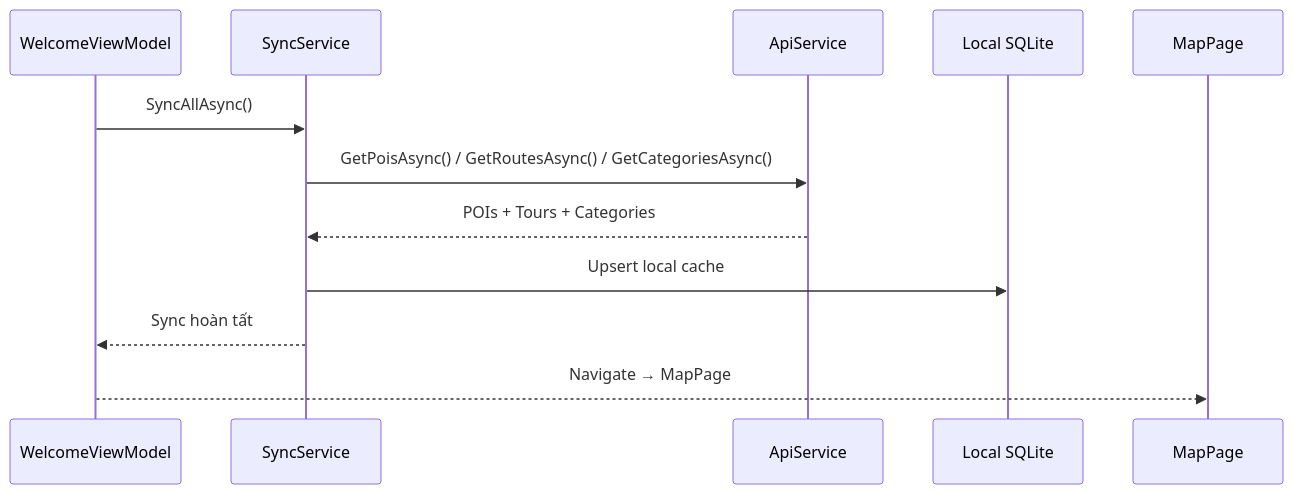
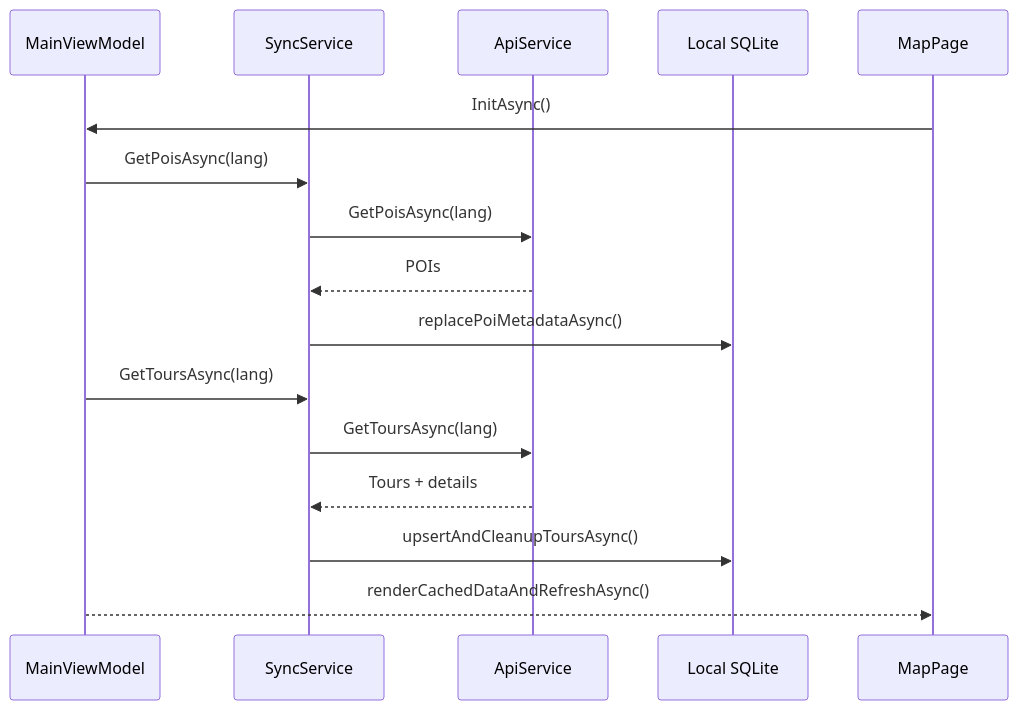
One commit to quynhtien1977/AudioGo changed the seventh of 58 diagrams in PRD.md. Above: the diagram before and after it, drawn with Mermaid. The commit also changed other lines of this file and 2 other files, not shown here.

````diff
--- a/PRD.md
+++ b/PRD.md
@@ -875,15 +903,21 @@
 ```mermaid
 sequenceDiagram
-    participant VM as WelcomeViewModel
+    participant MainVM as MainViewModel
     participant SyncSvc as SyncService
     participant API as ApiService
     participant DB as Local SQLite
     participant MapPage
 
-    VM ->> SyncSvc: SyncAllAsync()
-    SyncSvc ->> API: GetPoisAsync() / GetRoutesAsync() / GetCategoriesAsync()
-    API -->> SyncSvc: POIs + Tours + Categories
-    SyncSvc ->> DB: Upsert local cache
-    SyncSvc -->> VM: Sync hoàn tất
-    VM -->> MapPage: Navigate → MapPage
+    MapPage ->> MainVM: InitAsync()
+    MainVM ->> SyncSvc: GetPoisAsync(lang)
+    SyncSvc ->> API: GetPoisAsync(lang)
+    API -->> SyncSvc: POIs
+    SyncSvc ->> DB: replacePoiMetadataAsync()
+
+    MainVM ->> SyncSvc: GetToursAsync(lang)
+    SyncSvc ->> API: GetToursAsync(lang)
+    API -->> SyncSvc: Tours + details
+    SyncSvc ->> DB: upsertAndCleanupToursAsync()
+
+    MainVM -->> MapPage: renderCachedDataAndRefreshAsync()
 ```
````
